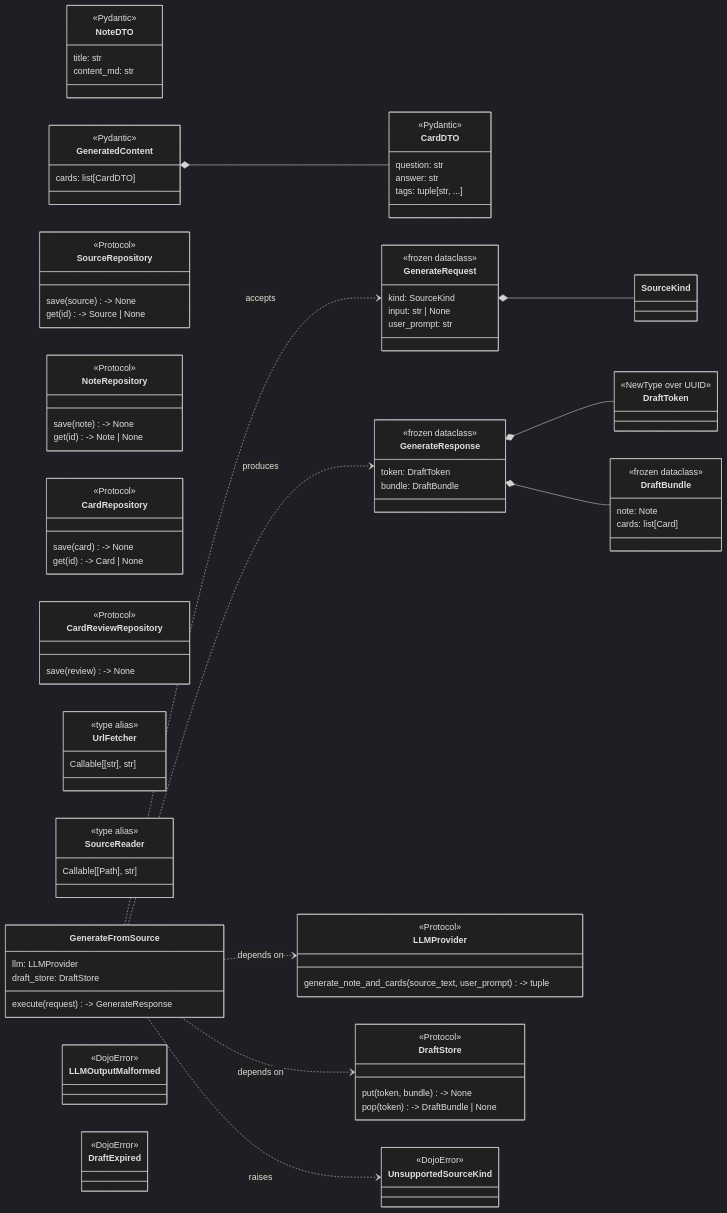
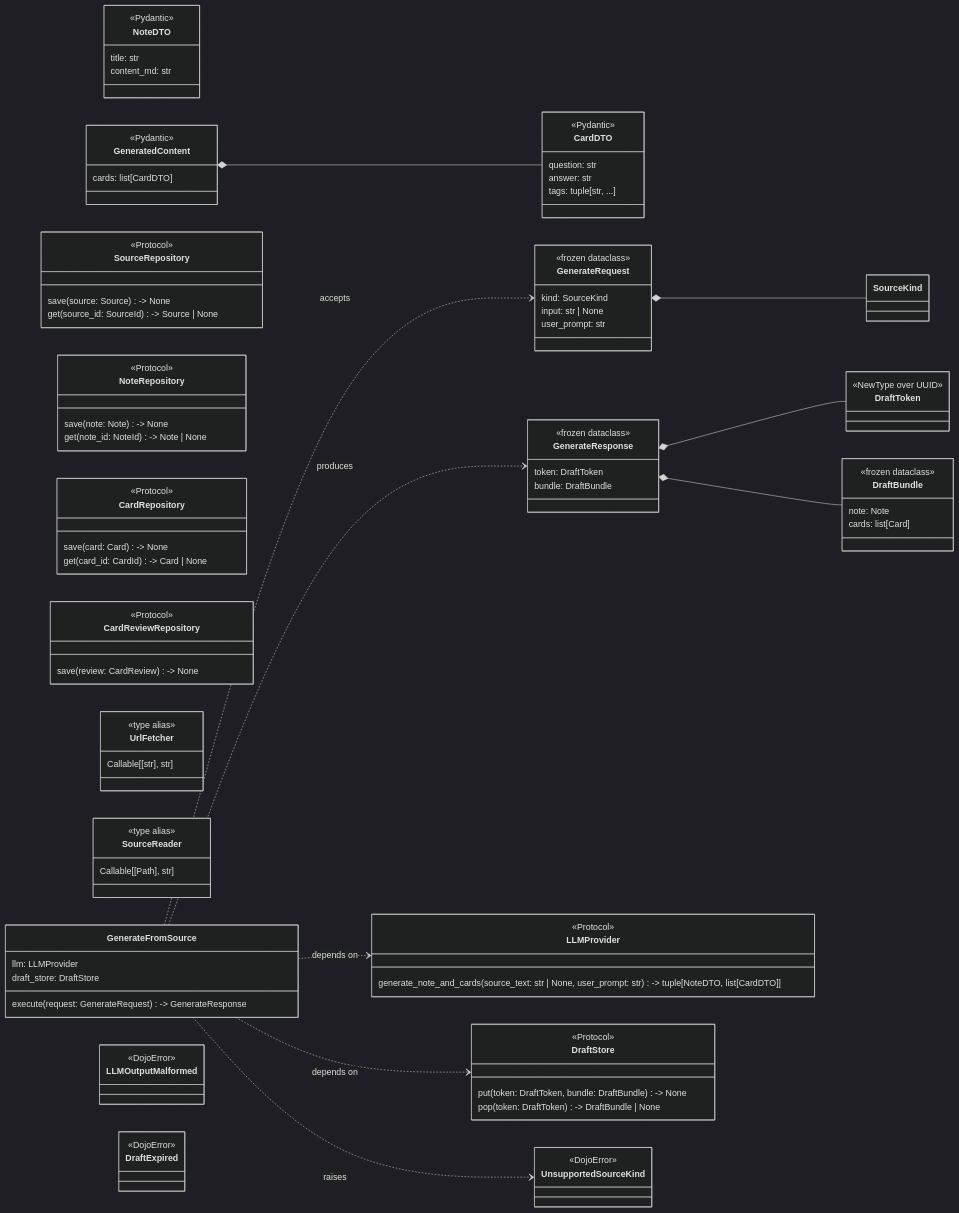
One commit to pvardanis/dojo changed the third of 5 diagrams in docs/architecture/overview.md. Above: the diagram before and after it, drawn with Mermaid (dark theme). The commit also changed other lines of this file, not shown here.

Commit message:
docs(arch): add full type annotations to method signatures
Port methods, use-case.execute, and FakeDraftStore.force_expire now
carry full Python type annotations on every argument and return type:

- LLMProvider.generate_note_and_cards(
    source_text: str | None, user_prompt: str
  ) -> tuple[NoteDTO, list[CardDTO]]
- SourceRepository.save(source: Source) -> None
- SourceRepository.get(source_id: SourceId) -> Source | None
- ...same shape for NoteRepository, CardRepository, CardReviewRepository
- DraftStore.put(token: DraftToken, bundle: DraftBundle) -> None
- DraftStore.pop(token: DraftToken) -> DraftBundle | None
- GenerateFromSource.execute(request: GenerateRequest) -> GenerateResponse
- FakeDraftStore.force_expire(token: DraftToken) -> None

Readers can now trace the full type graph directly from the diagram
without needing to cross-reference port signatures in ports.py.

```diff
--- a/docs/architecture/overview.md
+++ b/docs/architecture/overview.md
@@ -231,31 +231,31 @@
     %% Ports (Protocols — no @runtime_checkable)
     class LLMProvider {
         <<Protocol>>
-        generate_note_and_cards(source_text, user_prompt) -> tuple
+        generate_note_and_cards(source_text: str | None, user_prompt: str) -> tuple[NoteDTO, list[CardDTO]]
     }
     class SourceRepository {
         <<Protocol>>
-        save(source) -> None
-        get(id) -> Source | None
+        save(source: Source) -> None
+        get(source_id: SourceId) -> Source | None
     }
     class NoteRepository {
         <<Protocol>>
-        save(note) -> None
-        get(id) -> Note | None
+        save(note: Note) -> None
+        get(note_id: NoteId) -> Note | None
     }
     class CardRepository {
         <<Protocol>>
-        save(card) -> None
-        get(id) -> Card | None
+        save(card: Card) -> None
+        get(card_id: CardId) -> Card | None
     }
     class CardReviewRepository {
         <<Protocol>>
-        save(review) -> None
+        save(review: CardReview) -> None
     }
     class DraftStore {
         <<Protocol>>
-        put(token, bundle) -> None
-        pop(token) -> DraftBundle | None
+        put(token: DraftToken, bundle: DraftBundle) -> None
+        pop(token: DraftToken) -> DraftBundle | None
     }
 
     %% Callable aliases (stateless)
@@ -272,7 +272,7 @@
     class GenerateFromSource {
         llm: LLMProvider
         draft_store: DraftStore
-        execute(request) -> GenerateResponse
+        execute(request: GenerateRequest) -> GenerateResponse
     }
 
     %% Application exceptions
```
